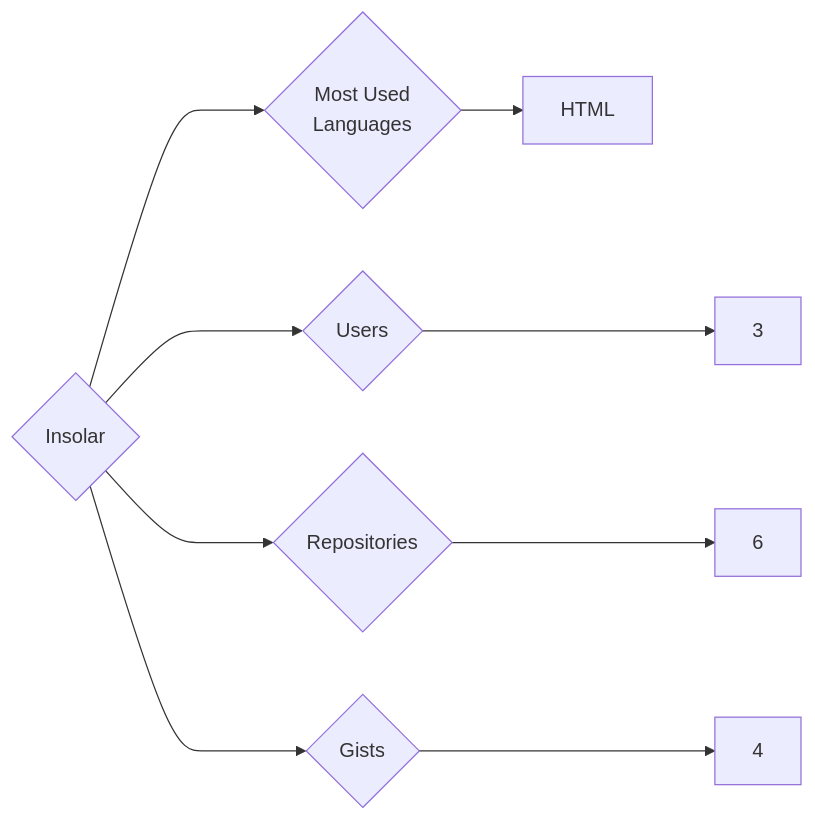
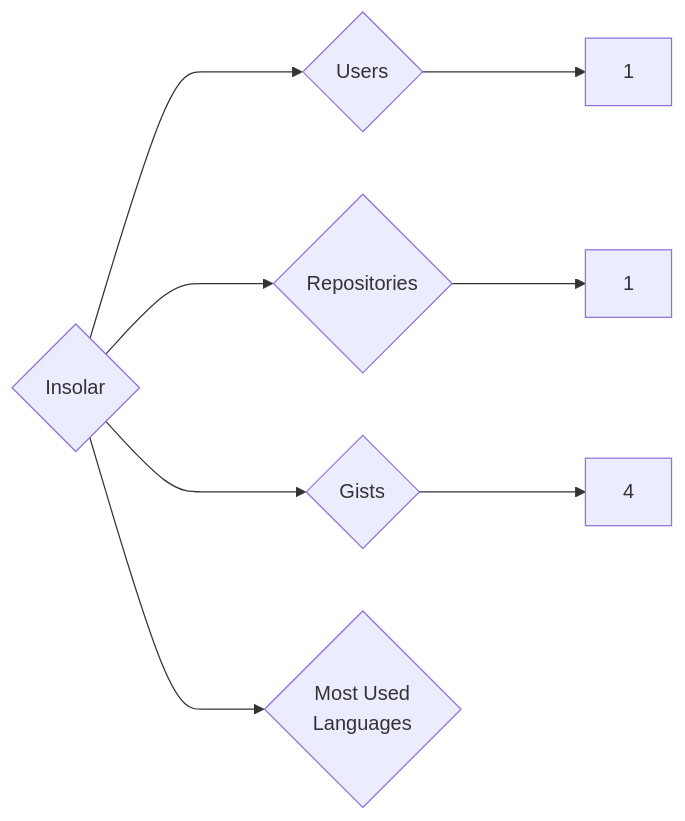
Before and after one commit to trickest/insiders: the diagram in targets/Insolar/README.md, drawn with Mermaid. The commit also changed 682 other files, not shown here.

````diff
--- a/targets/Insolar/README.md
+++ b/targets/Insolar/README.md
@@ -3,9 +3,8 @@
 ```mermaid
 graph LR
 COMPANY_NAME{Insolar}
-COMPANY_NAME ---> U{Users} ---> UN[3]
-COMPANY_NAME ---> R{Repositories} ---> RN[6]
+COMPANY_NAME ---> U{Users} ---> UN[1]
+COMPANY_NAME ---> R{Repositories} ---> RN[1]
 COMPANY_NAME ---> G{Gists} ---> GN[4]
 COMPANY_NAME ---> ML{Most Used<br>Languages}
-ML --> HTML[HTML]
 ```
````
